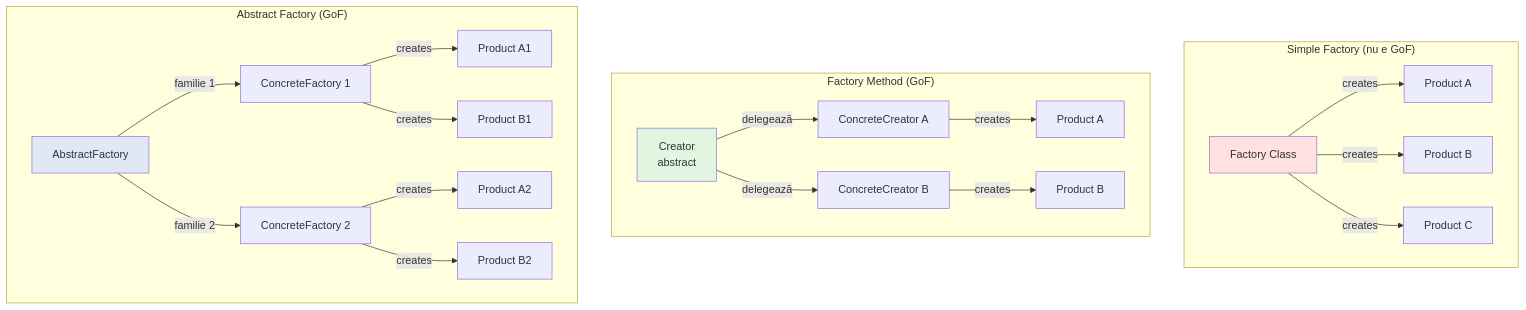
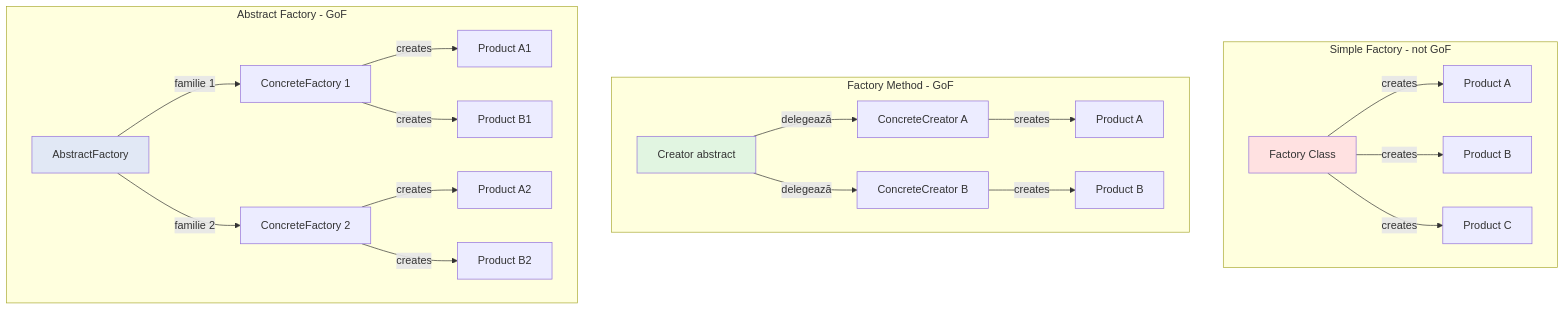
Before and after one commit to Brebu/Quizz: the eighth of 55 diagrams in chapters/cap13-design-patterns-diag.md, drawn with Mermaid. The commit also changed other lines of this file and 1 other file, not shown here.

````diff
--- a/chapters/cap13-design-patterns-diag.md
+++ b/chapters/cap13-design-patterns-diag.md
@@ -221,31 +221,31 @@
 ```mermaid
 graph TB
-    subgraph "Simple Factory (nu e GoF)"
+    subgraph SimpleFactory[Simple Factory - not GoF]
         SF[Factory Class]
         SF -->|creates| P1[Product A]
         SF -->|creates| P2[Product B]
         SF -->|creates| P3[Product C]
     end
     
-    subgraph "Factory Method (GoF)"
-        FM[Creator<br/>abstract]
+    subgraph FactoryMethod[Factory Method - GoF]
+        FM[Creator abstract]
         FM -->|delegează| C1[ConcreteCreator A]
         FM -->|delegează| C2[ConcreteCreator B]
         C1 -->|creates| P4[Product A]
         C2 -->|creates| P5[Product B]
     end
     
-    subgraph "Abstract Factory (GoF)"
+    subgraph AbstractFactory[Abstract Factory - GoF]
         AF[AbstractFactory]
         AF -->|familie 1| CF1[ConcreteFactory 1]
         AF -->|familie 2| CF2[ConcreteFactory 2]
         CF1 -->|creates| PA1[Product A1]
         CF1 -->|creates| PB1[Product B1]
         CF2 -->|creates| PA2[Product A2]
         CF2 -->|creates| PB2[Product B2]
     end
     
     style SF fill:#ffe1e1
     style FM fill:#e1f5e1
     style AF fill:#e1e8f5
 ```
````
